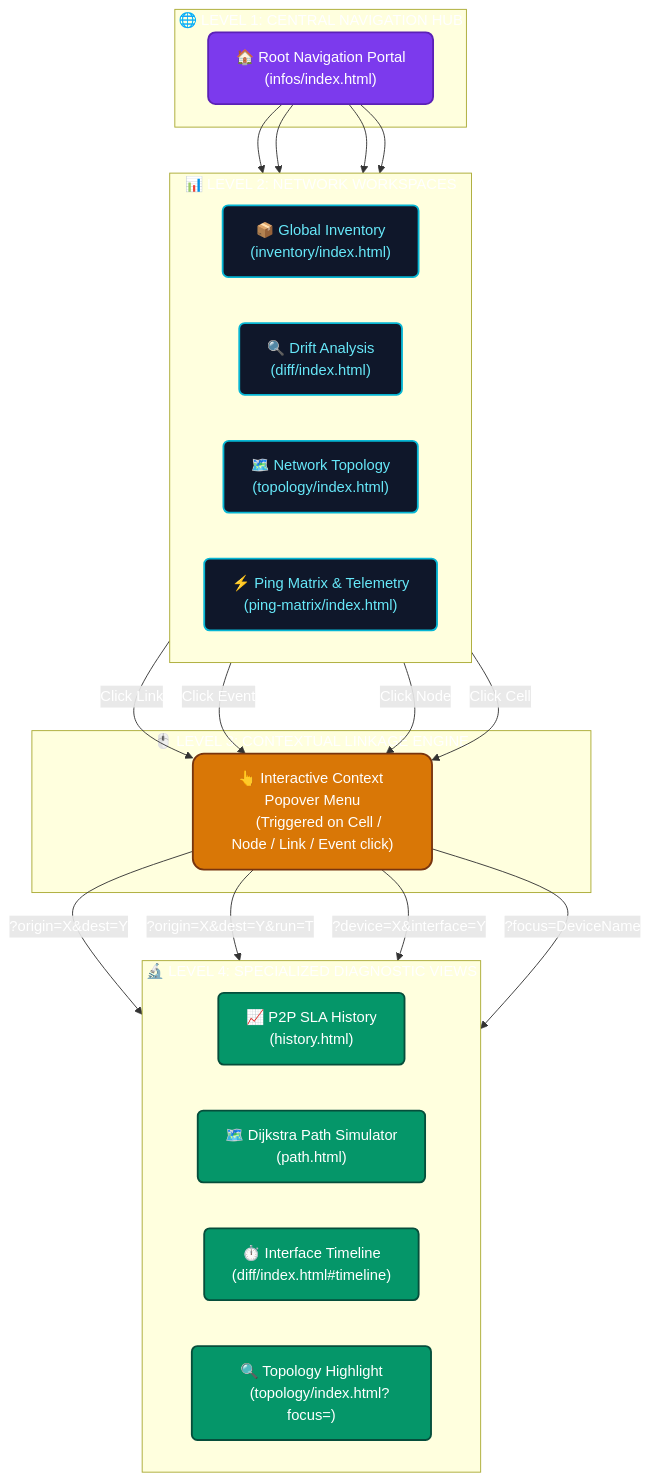
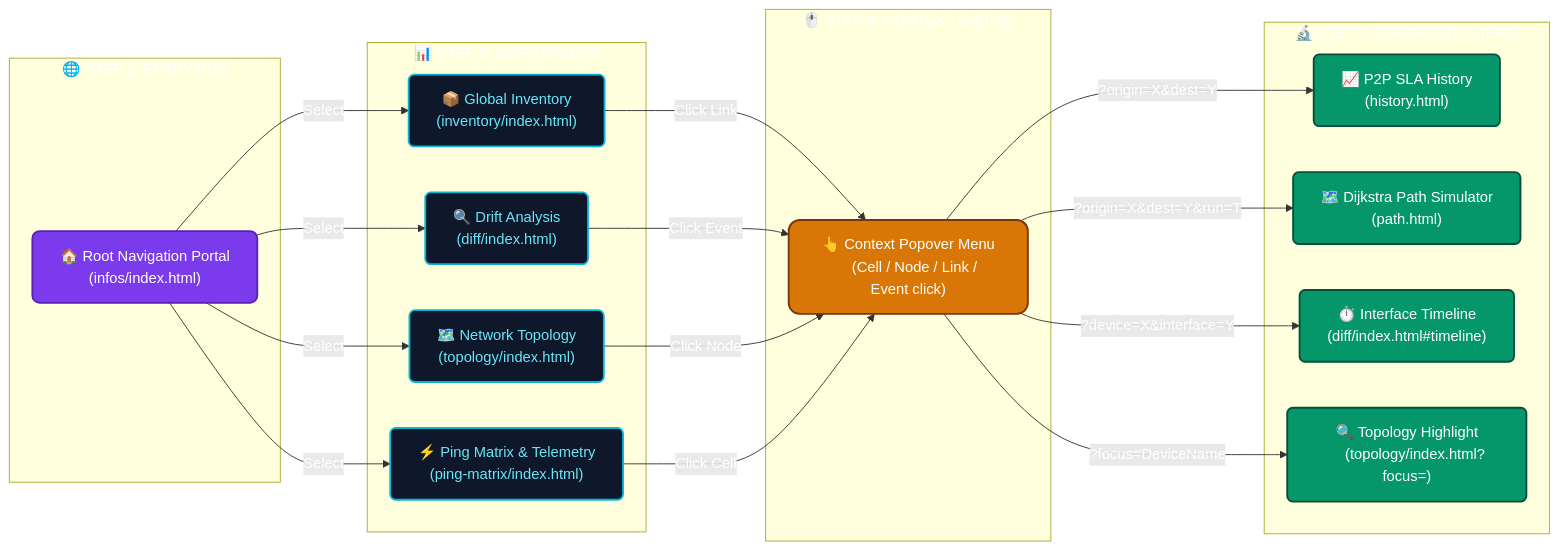
One commit to flashbsb/network-data-extractor changed the second of 2 diagrams in README.md. Above: the diagram before and after it, drawn with Mermaid.

Commit message:
Version 1.84.0 mermaid

````diff
--- a/README.md
+++ b/README.md
@@ -314,72 +314,70 @@
 ```mermaid
-flowchart TB
+flowchart LR
 
 %% ==========================================================
 %% STYLES (Cyber / NOC Theme)
 %% ==========================================================
 classDef root fill:#7C3AED,stroke:#5B21B6,stroke-width:2px,color:#fff,rx:8,ry:8
 classDef workspace fill:#0F172A,stroke:#06B6D4,stroke-width:2px,color:#67E8F9,rx:6,ry:6
 classDef menu fill:#D97706,stroke:#78350F,stroke-width:2px,color:#fff,rx:12,ry:12
 classDef subview fill:#059669,stroke:#064E3B,stroke-width:2px,color:#fff,rx:6,ry:6
 
 %% ==========================================================
-%% LEVEL 1: ENTRY PORTAL
+%% STEP 1: ENTRY PORTAL
 %% ==========================================================
-subgraph L1["🌐 LEVEL 1: CENTRAL NAVIGATION HUB"]
+subgraph STEP1["🌐 STEP 1: ENTRY HUB"]
     ROOT["🏠 Root Navigation Portal
     (infos/index.html)"]:::root
 end
 
 %% ==========================================================
-%% LEVEL 2: 4 CORE WORKSPACES
+%% STEP 2: NETWORK WORKSPACES
 %% ==========================================================
-subgraph L2["📊 LEVEL 2: NETWORK WORKSPACES"]
-    direction LR
+subgraph STEP2["📊 STEP 2: WORKSPACES"]
     INV["📦 Global Inventory
     (inventory/index.html)"]:::workspace
     DIFF["🔍 Drift Analysis
     (diff/index.html)"]:::workspace
     TOPO["🗺️ Network Topology
     (topology/index.html)"]:::workspace
     PM["⚡ Ping Matrix & Telemetry
     (ping-matrix/index.html)"]:::workspace
 end
 
-ROOT --> INV
-ROOT --> DIFF
-ROOT --> TOPO
-ROOT --> PM
+ROOT -->|Select| INV
+ROOT -->|Select| DIFF
+ROOT -->|Select| TOPO
+ROOT -->|Select| PM
 
 %% ==========================================================
-%% LEVEL 3: CONTEXTUAL INTERACTION ENGINE (CENTERED)
+%% STEP 3: CONTEXT ENGINE (CENTERED)
 %% ==========================================================
-subgraph L3["🖱️ LEVEL 3: CONTEXTUAL LINKAGE ENGINE"]
-    MENU["👆 Interactive Context Popover Menu
-    (Triggered on Cell / Node / Link / Event click)"]:::menu
+subgraph STEP3["🖱️ STEP 3: CONTEXT ENGINE"]
+    MENU["👆 Context Popover Menu
+    (Cell / Node / Link / Event click)"]:::menu
 end
 
 INV -->|Click Link| MENU
 DIFF -->|Click Event| MENU
 TOPO -->|Click Node| MENU
 PM -->|Click Cell| MENU
 
 %% ==========================================================
-%% LEVEL 4: SPECIALIZED DIAGNOSTIC VIEWS
+%% STEP 4: DIAGNOSTIC VIEWS
 %% ==========================================================
-subgraph L4["🔬 LEVEL 4: SPECIALIZED DIAGNOSTIC VIEWS"]
-    direction LR
+subgraph STEP4["🔬 STEP 4: DIAGNOSTIC VIEWS"]
     HIST["📈 P2P SLA History
     (history.html)"]:::subview
     PATH["🗺️ Dijkstra Path Simulator
     (path.html)"]:::subview
     TIME["⏱️ Interface Timeline
     (diff/index.html#timeline)"]:::subview
     MAP["🔍 Topology Highlight
     (topology/index.html?focus=)"]:::subview
 end
 
 MENU -->|"?origin=X&dest=Y"| HIST
 MENU -->|"?origin=X&dest=Y&run=T"| PATH
 MENU -->|"?device=X&interface=Y"| TIME
 MENU -->|"?focus=DeviceName"| MAP
 ```
````
